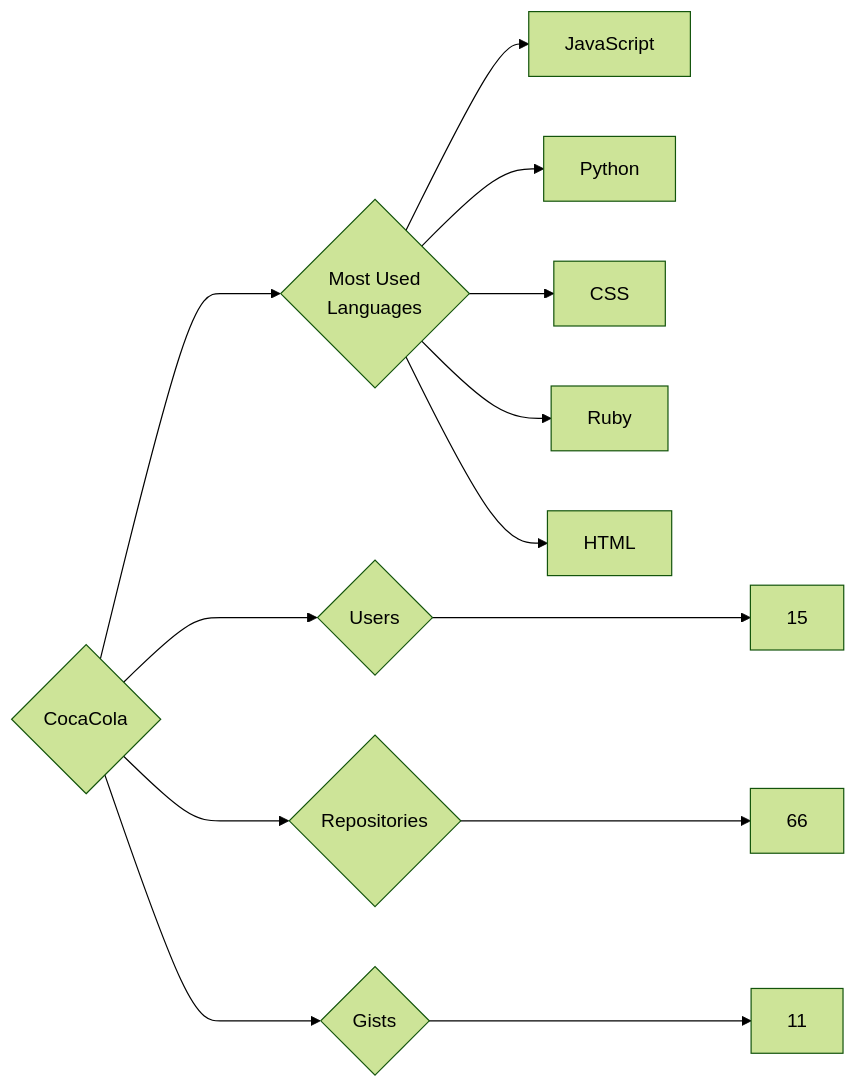
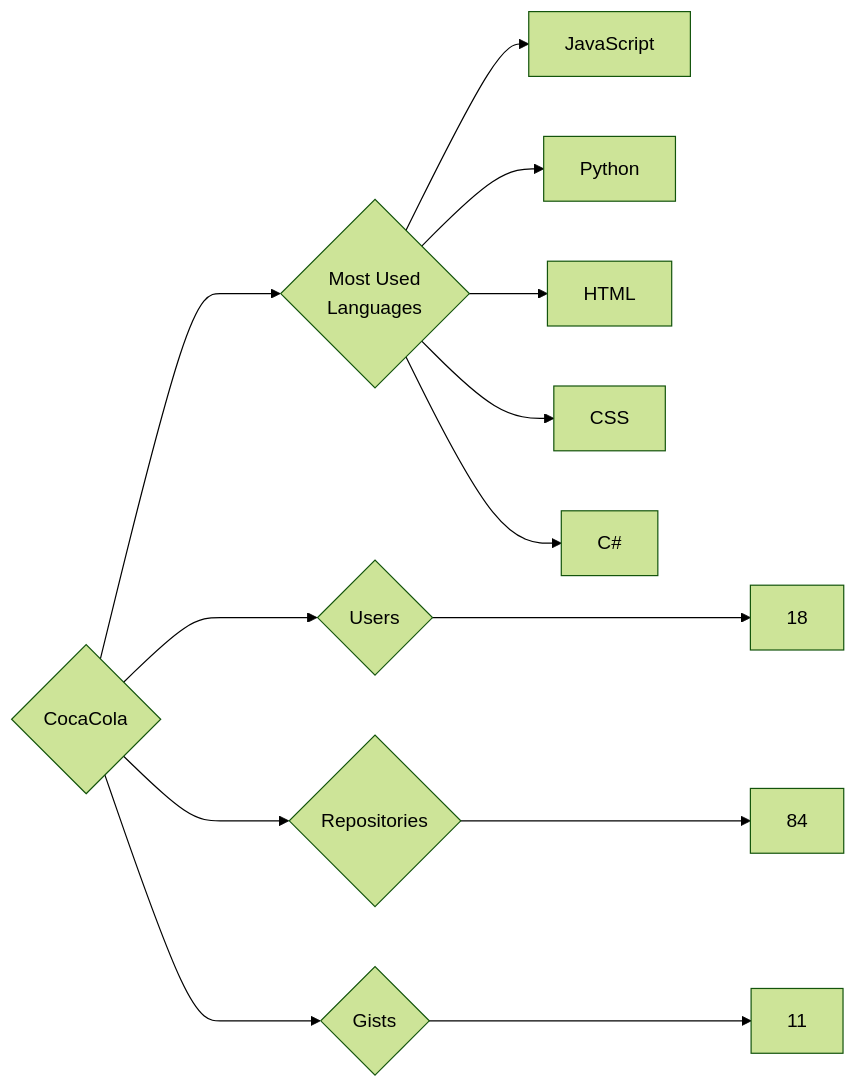
The diagram in targets/CocaCola/README.md (trickest/insiders), drawn with Mermaid (forest theme) before and after one commit. The commit also changed 870 other files, not shown here.

````diff
--- a/targets/CocaCola/README.md
+++ b/targets/CocaCola/README.md
@@ -3,13 +3,13 @@
 ```mermaid
 graph LR
 COMPANY_NAME{CocaCola}
-COMPANY_NAME ---> U{Users} ---> UN[15]
-COMPANY_NAME ---> R{Repositories} ---> RN[66]
+COMPANY_NAME ---> U{Users} ---> UN[18]
+COMPANY_NAME ---> R{Repositories} ---> RN[84]
 COMPANY_NAME ---> G{Gists} ---> GN[11]
 COMPANY_NAME ---> ML{Most Used<br>Languages}
 ML --> JavaScript[JavaScript]
 ML --> Python[Python]
+ML --> HTML[HTML]
 ML --> CSS[CSS]
-ML --> Ruby[Ruby]
-ML --> HTML[HTML]
+ML --> C#[C#]
 ```
````
